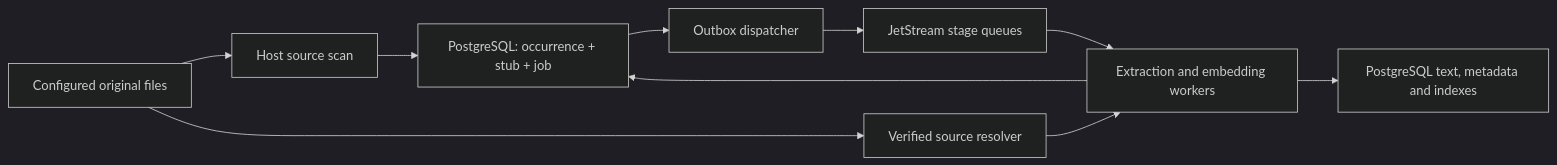
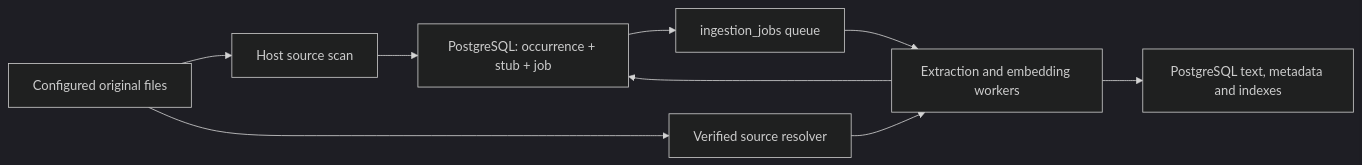
The diagram in docs/ingestion-design.md (suankan/pocket-advisor), drawn with Mermaid (dark theme) before and after one commit. The commit also changed other lines of this file and 74 other files, not shown here.

````diff
--- a/docs/ingestion-design.md
+++ b/docs/ingestion-design.md
@@ -11,12 +11,11 @@
 ```mermaid
 flowchart LR
     Files["Configured original files"] --> Scan["Host source scan"]
     Scan --> Tx["PostgreSQL: occurrence + stub + job"]
-    Tx --> Dispatcher["Outbox dispatcher"]
-    Dispatcher --> NATS["JetStream stage queues"]
-    NATS --> Workers["Extraction and embedding workers"]
+    Tx --> Queue["ingestion_jobs queue"]
+    Queue --> Workers["Extraction and embedding workers"]
     Files --> Resolver["Verified source resolver"]
     Resolver --> Workers
     Workers --> Tx
     Workers --> Evidence["PostgreSQL text, metadata and indexes"]
 ```
````
